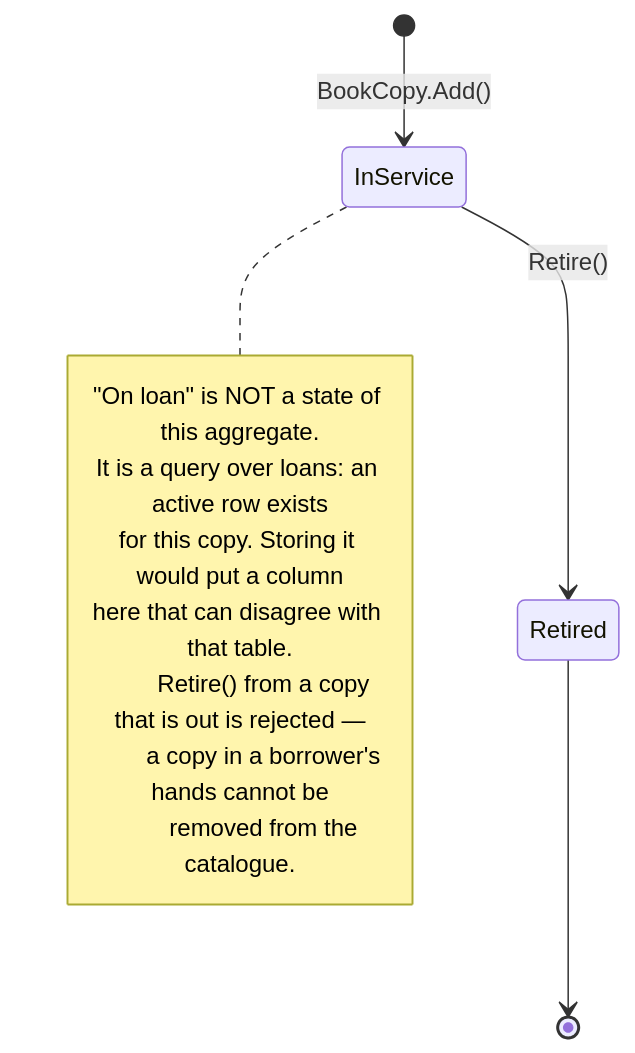
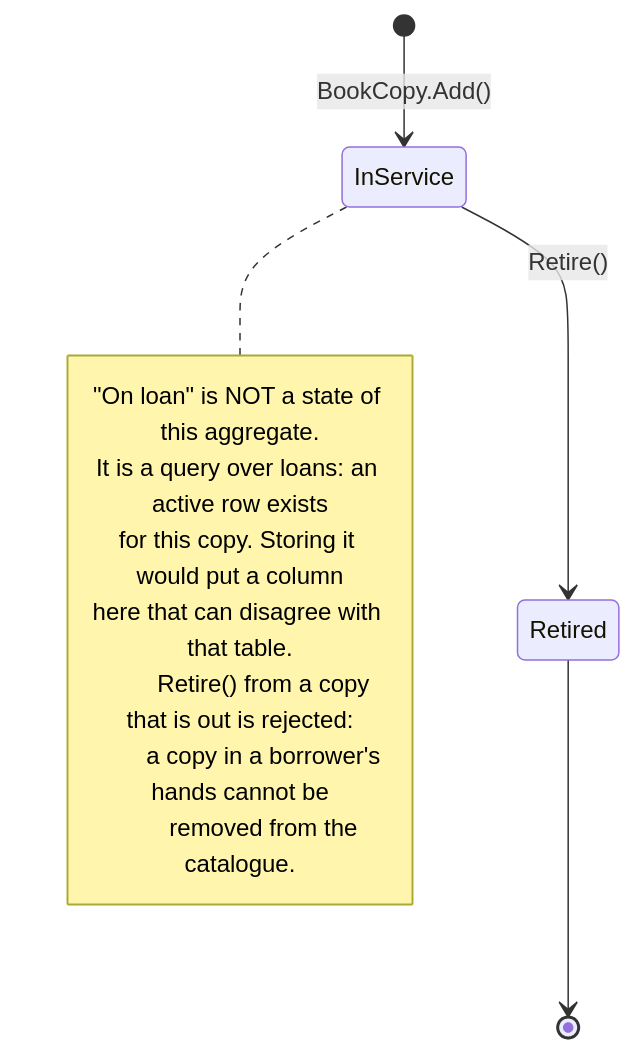
Before and after one commit to Nooziergg/library-loans-api: the fifth of 7 diagrams in docs/ARCHITECTURE.md, drawn with Mermaid. The commit also changed other lines of this file and 127 other files, not shown here.

````diff
--- a/docs/ARCHITECTURE.md
+++ b/docs/ARCHITECTURE.md
@@ -218,17 +218,17 @@
 ```mermaid
 stateDiagram-v2
     [*] --> InService: BookCopy.Add()
     InService --> Retired: Retire()
     Retired --> [*]
 
     note right of InService
         "On loan" is NOT a state of this aggregate.
         It is a query over loans: an active row exists
         for this copy. Storing it would put a column
         here that can disagree with that table.
 
-        Retire() from a copy that is out is rejected —
+        Retire() from a copy that is out is rejected:
         a copy in a borrower's hands cannot be
         removed from the catalogue.
     end note
 ```
````
